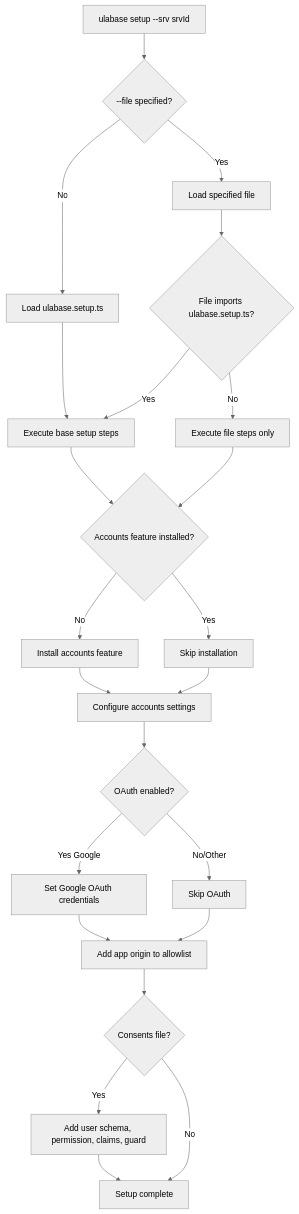
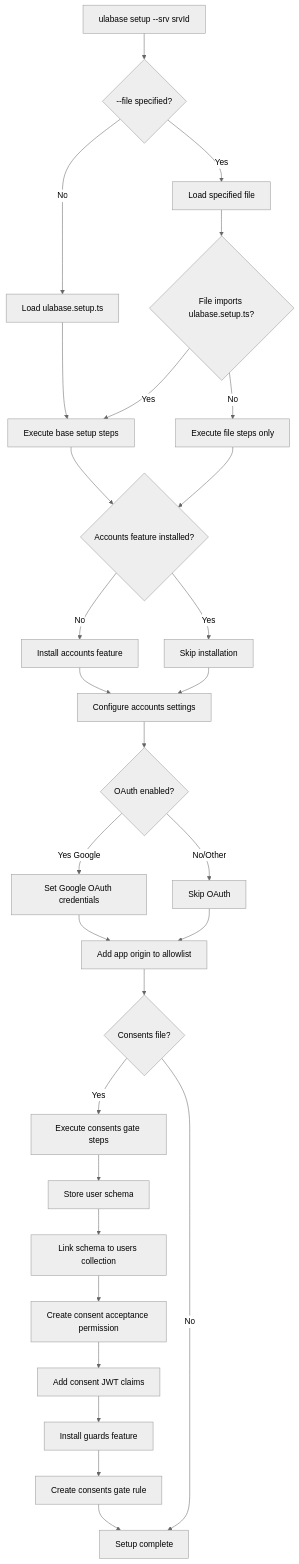
One commit to ulabase/starter-react changed the diagram in openwiki/operations/service-setup.md. Above: the diagram before and after it, drawn with Mermaid (neutral theme). The commit also changed other lines of this file and 15 other files, not shown here.

````diff
--- a/openwiki/operations/service-setup.md
+++ b/openwiki/operations/service-setup.md
@@ -46,25 +54,31 @@
 ```mermaid
 flowchart TD
     A["ulabase setup --srv srvId"] --> B{"--file specified?"}
     B -->|No| C["Load ulabase.setup.ts"]
     B -->|Yes| D["Load specified file"]
     D --> E{"File imports ulabase.setup.ts?"}
     E -->|Yes| F["Execute base setup steps"]
     E -->|No| G["Execute file steps only"]
     C --> F
     F --> H{"Accounts feature installed?"}
     G --> H
     H -->|No| I["Install accounts feature"]
     H -->|Yes| J["Skip installation"]
     I --> K["Configure accounts settings"]
     J --> K
     K --> L{"OAuth enabled?"}
     L -->|Yes Google| M["Set Google OAuth credentials"]
     L -->|No/Other| N["Skip OAuth"]
     M --> O["Add app origin to allowlist"]
     N --> O
     O --> P{"Consents file?"}
-    P -->|Yes| Q["Add user schema, permission, claims, guard"]
+    P -->|Yes| Q["Execute consents gate steps"]
     P -->|No| R["Setup complete"]
-    Q --> R
+    Q --> S["Store user schema"]
+    S --> T["Link schema to users collection"]
+    T --> U["Create consent acceptance permission"]
+    U --> V["Add consent JWT claims"]
+    V --> W["Install guards feature"]
+    W --> X["Create consents gate rule"]
+    X --> R
 ```
````
